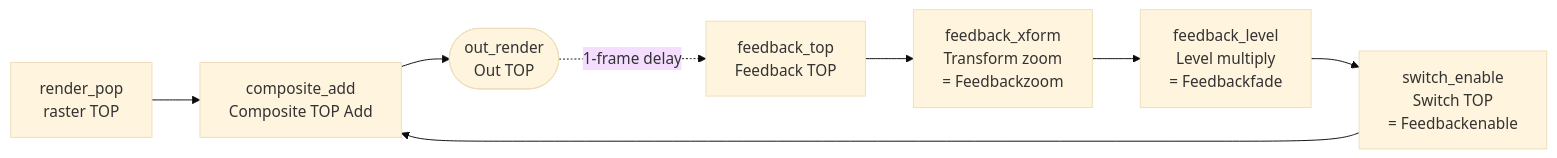
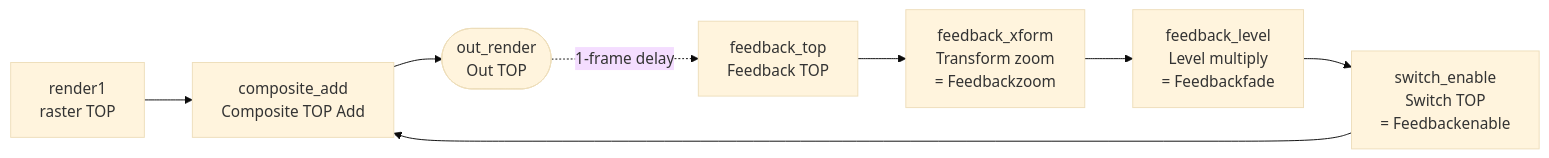
One commit to laubsauger/mediapipe_particle_base changed the fourth of 4 diagrams in velocity_controller_setup.md. Above: the diagram before and after it, drawn with Mermaid (base theme). The commit also changed other lines of this file and 20 other files, not shown here.

````diff
--- a/velocity_controller_setup.md
+++ b/velocity_controller_setup.md
@@ -734,14 +878,14 @@
 ```mermaid
 flowchart LR
-    render_pop[render_pop<br/>raster TOP]
+    render_pop[render1<br/>raster TOP]
     composite_add[composite_add<br/>Composite TOP Add]
     out_render([out_render<br/>Out TOP])
     feedback_top[feedback_top<br/>Feedback TOP]
     feedback_xform[feedback_xform<br/>Transform zoom<br/>= Feedbackzoom]
     feedback_level[feedback_level<br/>Level multiply<br/>= Feedbackfade]
     switch_enable[switch_enable<br/>Switch TOP<br/>= Feedbackenable]
 
     render_pop --> composite_add --> out_render
     out_render -. 1-frame delay .-> feedback_top
     feedback_top --> feedback_xform --> feedback_level --> switch_enable --> composite_add
 ```
````
